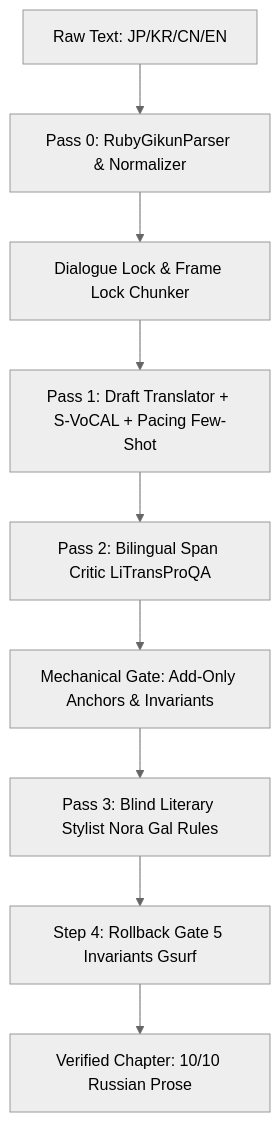
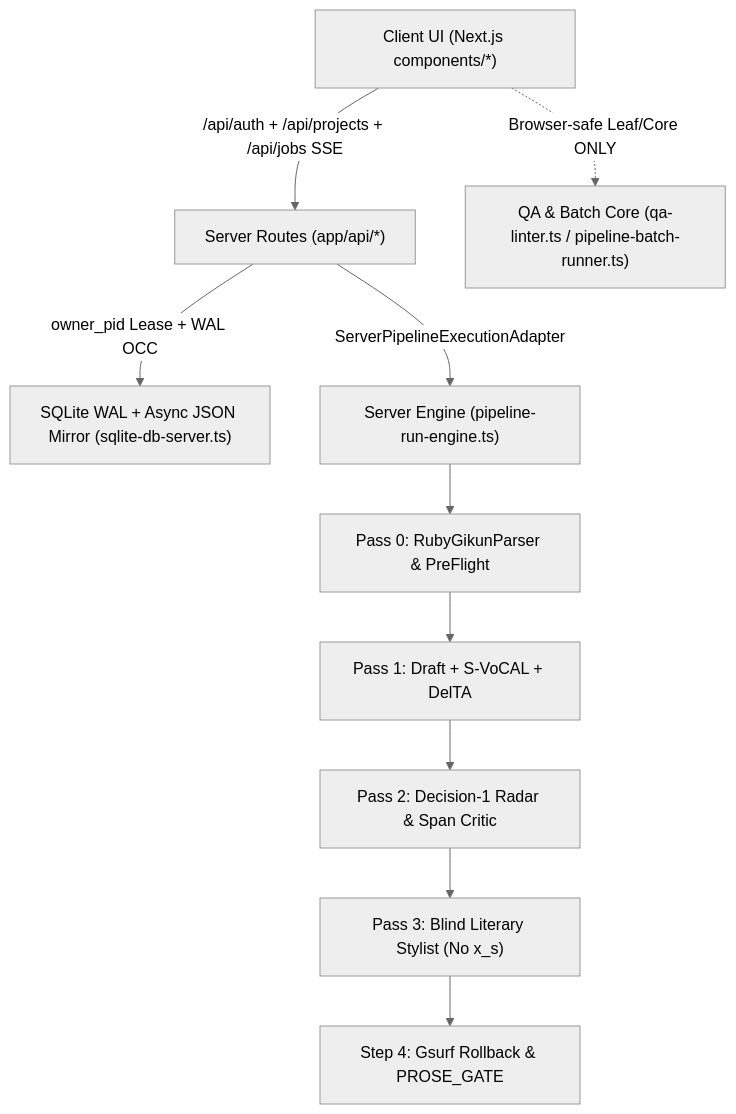
The diagram in docs/designs/architecture.md (sunil123456897/Perevod3), drawn with Mermaid (neutral theme) before and after one commit. The commit also changed other lines of this file and 66 other files, not shown here.

Commit message:
feat(studio): SQLite WAL storage, SSE job streaming, auth gate, modular pipeline, and expanded test suite

````diff
--- a/docs/designs/architecture.md
+++ b/docs/designs/architecture.md
@@ -6,11 +6,12 @@
 ```mermaid
 graph TD
-    Source[Raw Text: JP/KR/CN/EN] --> P0[Pass 0: RubyGikunParser & Normalizer]
-    P0 --> Locks[Dialogue Lock & Frame Lock Chunker]
-    Locks --> P1[Pass 1: Draft Translator + S-VoCAL + Pacing Few-Shot]
-    P1 --> P2[Pass 2: Bilingual Span Critic LiTransProQA]
-    P2 --> Gate1[Mechanical Gate: Add-Only Anchors & Invariants]
-    Gate1 --> P3[Pass 3: Blind Literary Stylist Nora Gal Rules]
-    P3 --> Gate2[Step 4: Rollback Gate 5 Invariants Gsurf]
-    Gate2 --> Release[Verified Chapter: 10/10 Russian Prose]
+    UI["Client UI (Next.js components/*)"] -->|"/api/auth + /api/projects + /api/jobs SSE"| API["Server Routes (app/api/*)"]
+    API -->|"owner_pid Lease + WAL OCC"| DB["SQLite WAL + Async JSON Mirror (sqlite-db-server.ts)"]
+    API -->|"ServerPipelineExecutionAdapter"| Engine["Server Engine (pipeline-run-engine.ts)"]
+    UI -.->|"Browser-safe Leaf/Core ONLY"| Core["QA & Batch Core (qa-linter.ts / pipeline-batch-runner.ts)"]
+    Engine --> P0["Pass 0: RubyGikunParser & PreFlight"]
+    P0 --> P1["Pass 1: Draft + S-VoCAL + DelTA"]
+    P1 --> P2["Pass 2: Decision-1 Radar & Span Critic"]
+    P2 --> P3["Pass 3: Blind Literary Stylist (No x_s)"]
+    P3 --> Gate["Step 4: Gsurf Rollback & PROSE_GATE"]
 ```
````
